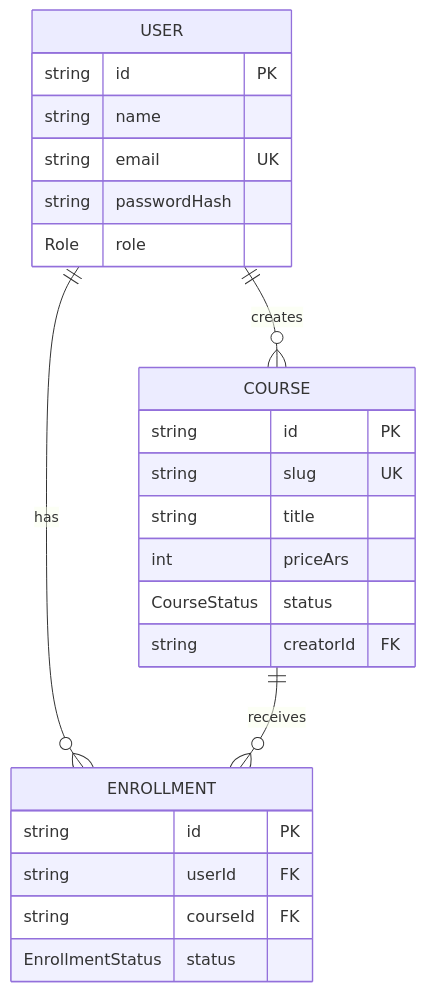
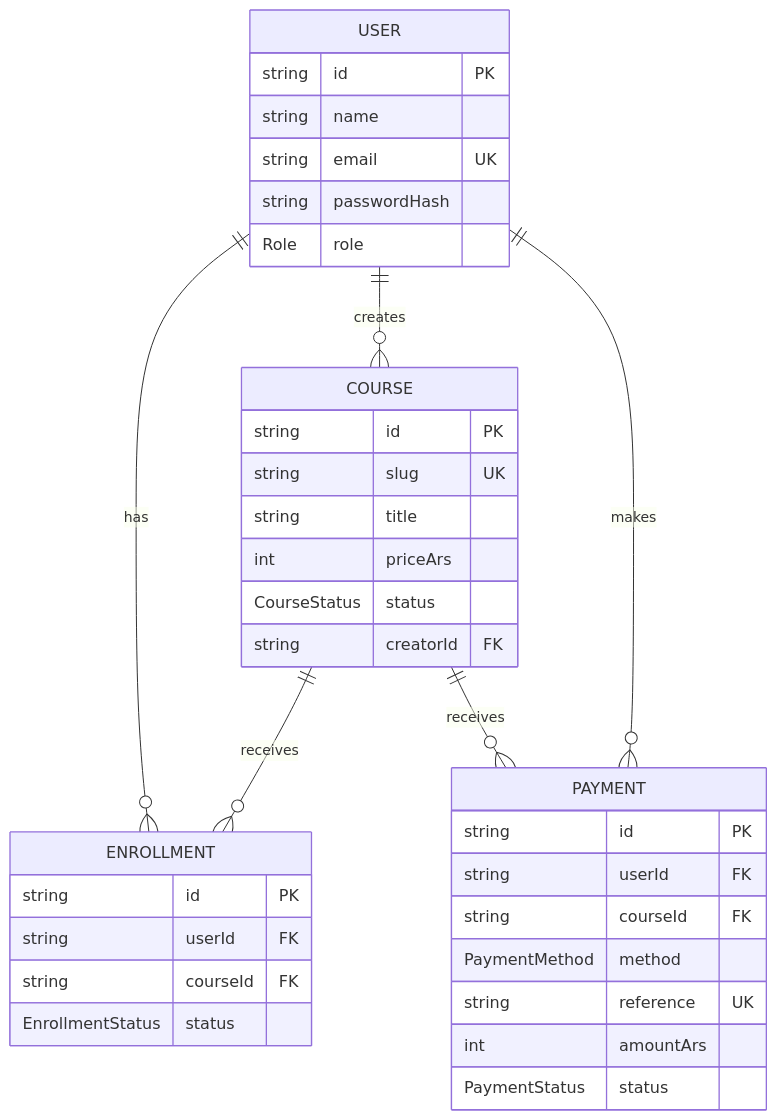
Before and after one commit to brianlautarolinares-ui/HOWARTS: the diagram in docs/der.md, drawn with Mermaid. The commit also changed 9 other files, not shown here.

````diff
--- a/docs/der.md
+++ b/docs/der.md
@@ -3,28 +3,39 @@
 ```mermaid
 erDiagram
   USER ||--o{ ENROLLMENT : has
   COURSE ||--o{ ENROLLMENT : receives
   USER ||--o{ COURSE : creates
 
   USER {
     string id PK
     string name
     string email UK
     string passwordHash
     Role role
   }
   COURSE {
     string id PK
     string slug UK
     string title
     int priceArs
     CourseStatus status
     string creatorId FK
   }
   ENROLLMENT {
     string id PK
     string userId FK
     string courseId FK
     EnrollmentStatus status
   }
+  PAYMENT {
+    string id PK
+    string userId FK
+    string courseId FK
+    PaymentMethod method
+    string reference UK
+    int amountArs
+    PaymentStatus status
+  }
+  USER ||--o{ PAYMENT : makes
+  COURSE ||--o{ PAYMENT : receives
 ```
````
